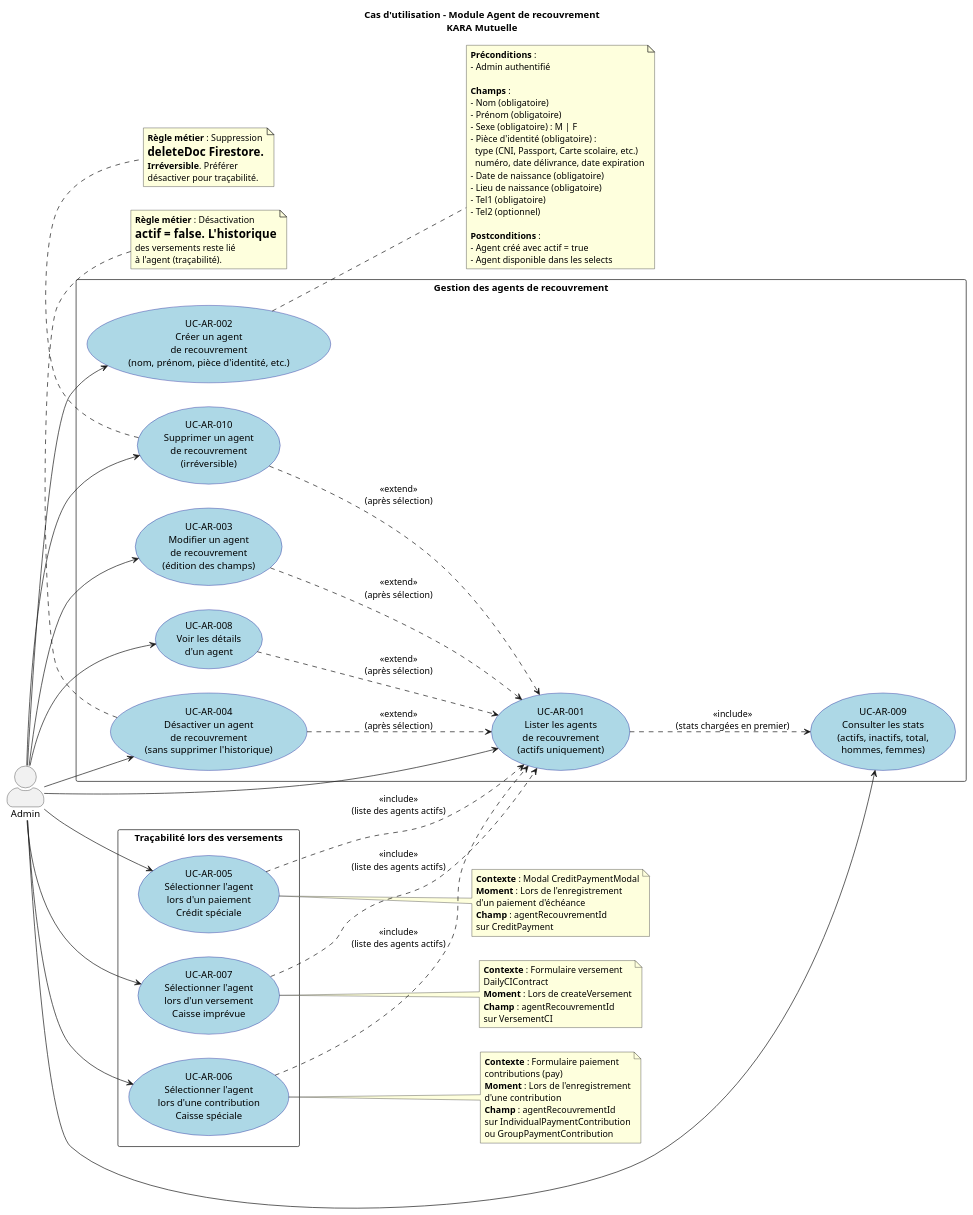
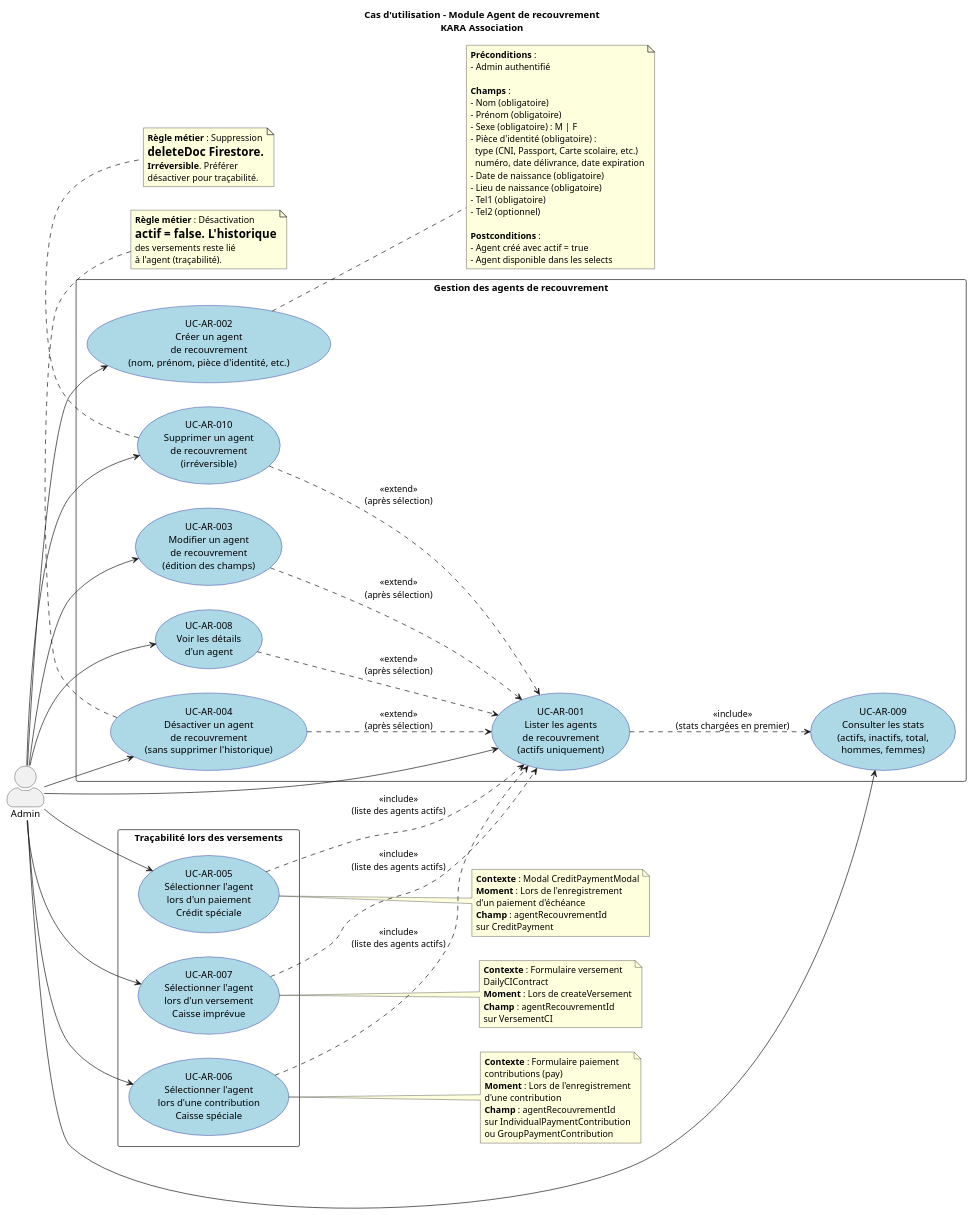
Before and after one commit to GlennEriss/kara-client-front: the diagram in documentation/agent-de-recouvrement/use-case/UC_AgentRecouvrement.puml, drawn with PlantUML. The commit also changed 92 other files, not shown here.

```diff
--- a/documentation/agent-de-recouvrement/use-case/UC_AgentRecouvrement.puml
+++ b/documentation/agent-de-recouvrement/use-case/UC_AgentRecouvrement.puml
@@ -1,139 +1,139 @@
 @startuml UC_AgentRecouvrement
 skinparam packageStyle rectangle
 skinparam actorStyle awesome
 skinparam usecase {
   BackgroundColor LightBlue
   BorderColor DarkBlue
 }
 
-title Cas d'utilisation – Module Agent de recouvrement\nKARA Mutuelle
+title Cas d'utilisation – Module Agent de recouvrement\nKARA Association
 
 left to right direction
 
 ' ============================================
 ' ACTEURS
 ' ============================================
 actor "Admin" as Admin
 
 ' ============================================
 ' PACKAGE : GESTION DES AGENTS
 ' ============================================
 package "Gestion des agents de recouvrement" {
   usecase "UC-AR-001\nLister les agents\nde recouvrement\n(actifs uniquement)" as UC_LIST
   
   usecase "UC-AR-002\nCréer un agent\nde recouvrement\n(nom, prénom, pièce d'identité, etc.)" as UC_CREATE
   
   usecase "UC-AR-003\nModifier un agent\nde recouvrement\n(édition des champs)" as UC_EDIT
   
   usecase "UC-AR-004\nDésactiver un agent\nde recouvrement\n(sans supprimer l'historique)" as UC_DEACTIVATE
   
   usecase "UC-AR-010\nSupprimer un agent\nde recouvrement\n(irréversible)" as UC_DELETE
   
   usecase "UC-AR-008\nVoir les détails\nd'un agent" as UC_DETAIL
   
   usecase "UC-AR-009\nConsulter les stats\n(actifs, inactifs, total,\nhommes, femmes)" as UC_STATS
 }
 
 ' ============================================
 ' PACKAGE : TRACABILITÉ DES VERSEMENTS
 ' ============================================
 package "Traçabilité lors des versements" {
   usecase "UC-AR-005\nSélectionner l'agent\nlors d'un paiement\nCrédit spéciale" as UC_SELECT_CREDIT
   
   usecase "UC-AR-006\nSélectionner l'agent\nlors d'une contribution\nCaisse spéciale" as UC_SELECT_CAISSE
   
   usecase "UC-AR-007\nSélectionner l'agent\nlors d'un versement\nCaisse imprévue" as UC_SELECT_CI
 }
 
 ' ============================================
 ' RELATIONS ACTEURS - USE CASES
 ' ============================================
 Admin --> UC_LIST
 Admin --> UC_CREATE
 Admin --> UC_EDIT
 Admin --> UC_DEACTIVATE
 Admin --> UC_DELETE
 Admin --> UC_DETAIL
 Admin --> UC_STATS
 Admin --> UC_SELECT_CREDIT
 Admin --> UC_SELECT_CAISSE
 Admin --> UC_SELECT_CI
 
 ' ============================================
 ' RELATIONS ENTRE USE CASES
 ' ============================================
 UC_LIST ..> UC_STATS : <<include>>\n(stats chargées en premier)
 UC_SELECT_CREDIT ..> UC_LIST : <<include>>\n(liste des agents actifs)
 UC_SELECT_CAISSE ..> UC_LIST : <<include>>\n(liste des agents actifs)
 UC_SELECT_CI ..> UC_LIST : <<include>>\n(liste des agents actifs)
 
 UC_EDIT ..> UC_LIST : <<extend>>\n(après sélection)
 UC_DEACTIVATE ..> UC_LIST : <<extend>>\n(après sélection)
 UC_DELETE ..> UC_LIST : <<extend>>\n(après sélection)
 UC_DETAIL ..> UC_LIST : <<extend>>\n(après sélection)
 
 ' ============================================
 ' NOTES
 ' ============================================
 note right of UC_CREATE
   **Préconditions** :
   - Admin authentifié
   
   **Champs** :
   - Nom (obligatoire)
   - Prénom (obligatoire)
   - Sexe (obligatoire) : M | F
   - Pièce d'identité (obligatoire) :
     type (CNI, Passport, Carte scolaire, etc.)
     numéro, date délivrance, date expiration
   - Date de naissance (obligatoire)
   - Lieu de naissance (obligatoire)
   - Tel1 (obligatoire)
   - Tel2 (optionnel)
   
   **Postconditions** :
   - Agent créé avec actif = true
   - Agent disponible dans les selects
 end note
 
 note right of UC_SELECT_CREDIT
   **Contexte** : Modal CreditPaymentModal
   **Moment** : Lors de l'enregistrement
   d'un paiement d'échéance
   **Champ** : agentRecouvrementId
   sur CreditPayment
 end note
 
 note right of UC_SELECT_CAISSE
   **Contexte** : Formulaire paiement
   contributions (pay)
   **Moment** : Lors de l'enregistrement
   d'une contribution
   **Champ** : agentRecouvrementId
   sur IndividualPaymentContribution
   ou GroupPaymentContribution
 end note
 
 note right of UC_SELECT_CI
   **Contexte** : Formulaire versement
   DailyCIContract
   **Moment** : Lors de createVersement
   **Champ** : agentRecouvrementId
   sur VersementCI
 end note
 
 note bottom of UC_DEACTIVATE
   **Règle métier** : Désactivation
   = actif = false. L'historique
   des versements reste lié
   à l'agent (traçabilité).
 end note
 
 note bottom of UC_DELETE
   **Règle métier** : Suppression
   = deleteDoc Firestore.
   **Irréversible**. Préférer
   désactiver pour traçabilité.
 end note
 
 @enduml
```
